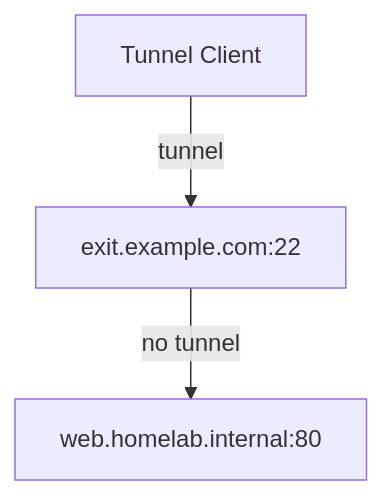
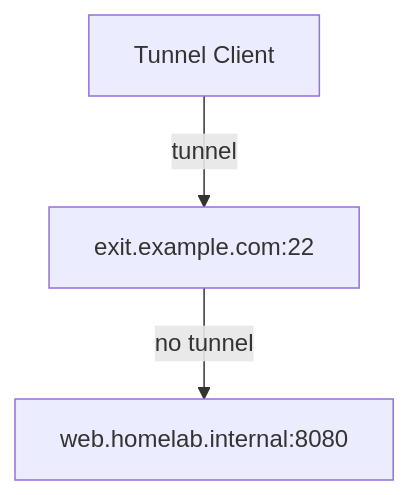
Before and after one commit to qrkourier/decks: the third of 8 diagrams in source/patch-v-proxy/Patch v. Proxy.md, drawn with Mermaid. The commit also changed other lines of this file, not shown here.

````diff
--- a/source/patch-v-proxy/Patch v. Proxy.md
+++ b/source/patch-v-proxy/Patch v. Proxy.md
@@ -369,5 +384,5 @@
-```mermaid
+```mermaid <!-- element id="ssh-dynamic" -->
 graph TD
     A[Tunnel Client] -->|tunnel| B[exit.example.com:22]
-    B -->|no tunnel| C[web.homelab.internal:80]
+    B -->|no tunnel| C[web.homelab.internal:8080]
 ```
````
